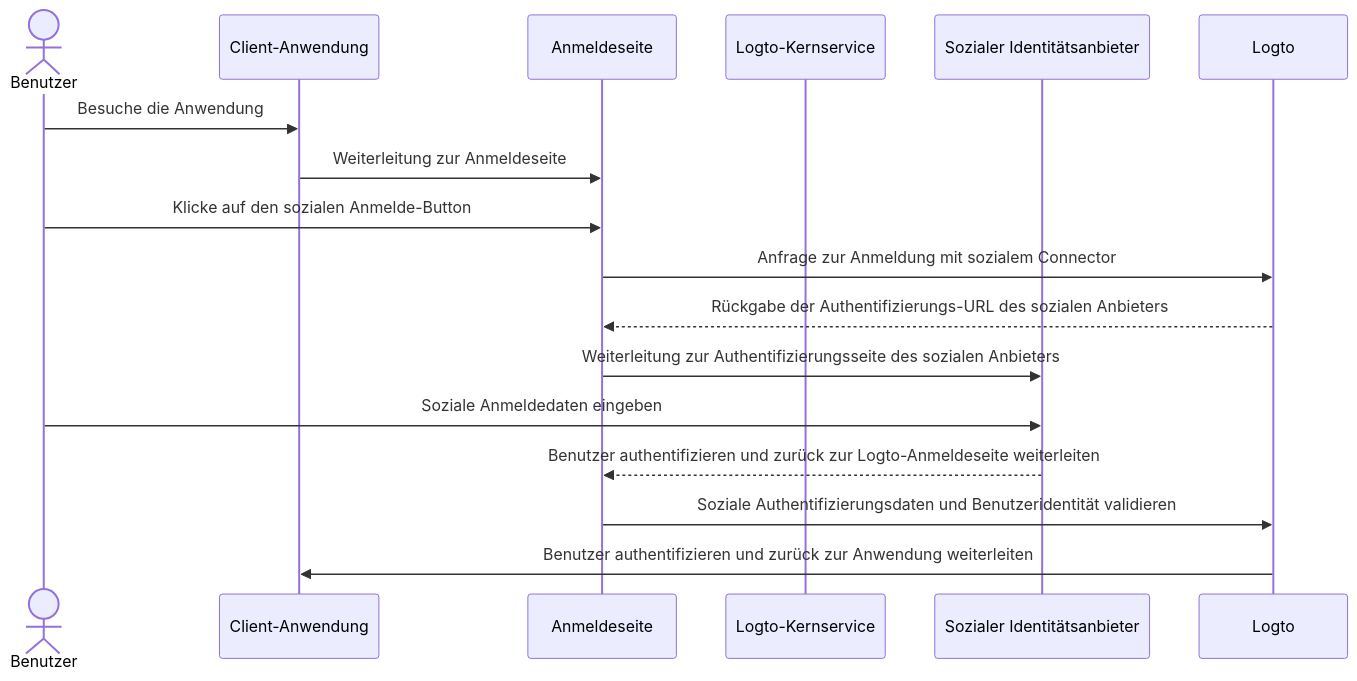
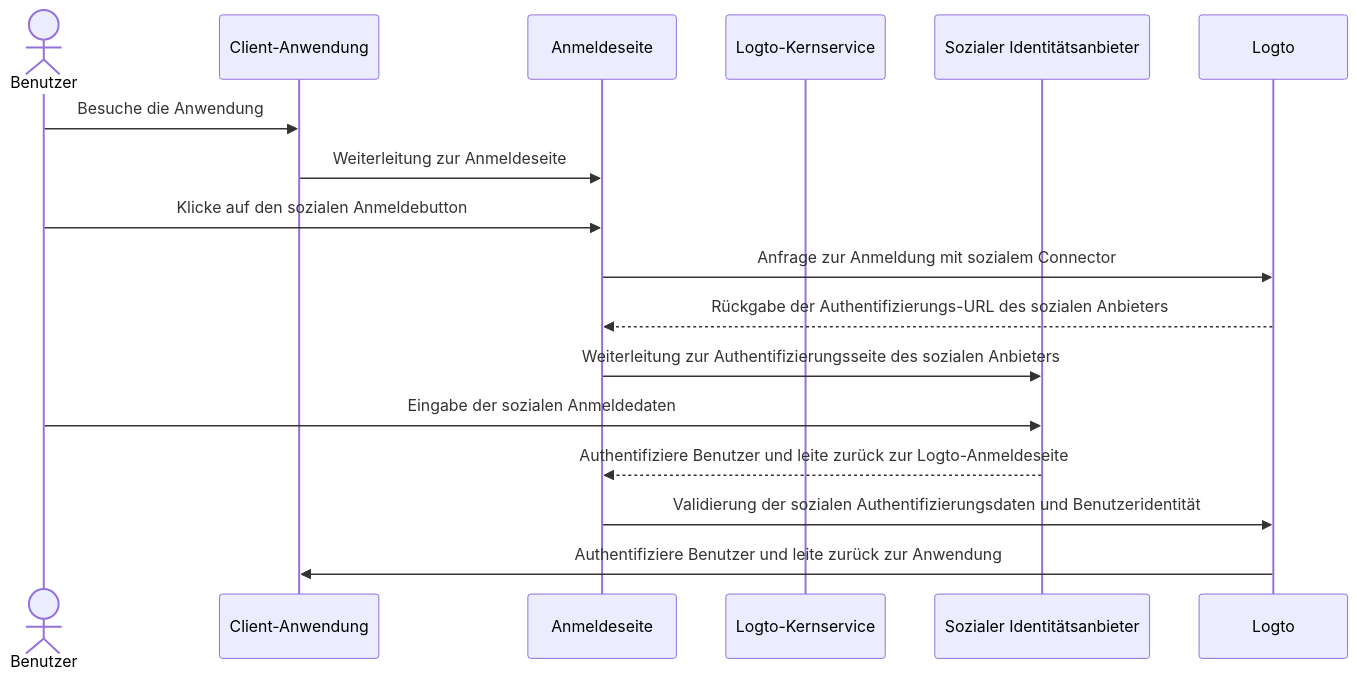
Before and after one commit to logto-io/docs: the first of 5 diagrams in i18n/de/docusaurus-plugin-content-docs/current/end-user-flows/sign-up-and-sign-in/social-sign-in.mdx, drawn with Mermaid. The commit also changed other lines of this file and 428 other files, not shown here.

````diff
--- a/i18n/de/docusaurus-plugin-content-docs/current/end-user-flows/sign-up-and-sign-in/social-sign-in.mdx
+++ b/i18n/de/docusaurus-plugin-content-docs/current/end-user-flows/sign-up-and-sign-in/social-sign-in.mdx
@@ -35,19 +36,19 @@
 ```mermaid
 sequenceDiagram
     actor user as Benutzer
     participant app as Client-Anwendung
     participant experience as Anmeldeseite
     participant logto as Logto-Kernservice
     participant social as Sozialer Identitätsanbieter
 
     user->>app: Besuche die Anwendung
     app->>experience: Weiterleitung zur Anmeldeseite
-    user->>experience: Klicke auf den sozialen Anmelde-Button
+    user->>experience: Klicke auf den sozialen Anmeldebutton
     experience->>Logto: Anfrage zur Anmeldung mit sozialem Connector
     Logto-->>experience: Rückgabe der Authentifizierungs-URL des sozialen Anbieters
     experience->>social: Weiterleitung zur Authentifizierungsseite des sozialen Anbieters
-    user->>social: Soziale Anmeldedaten eingeben
-    social-->>experience: Benutzer authentifizieren und zurück zur Logto-Anmeldeseite weiterleiten
-    experience->>Logto: Soziale Authentifizierungsdaten und Benutzeridentität validieren
-    Logto->>app: Benutzer authentifizieren und zurück zur Anwendung weiterleiten
+    user->>social: Eingabe der sozialen Anmeldedaten
+    social-->>experience: Authentifiziere Benutzer und leite zurück zur Logto-Anmeldeseite
+    experience->>Logto: Validierung der sozialen Authentifizierungsdaten und Benutzeridentität
+    Logto->>app: Authentifiziere Benutzer und leite zurück zur Anwendung
 ```
````
